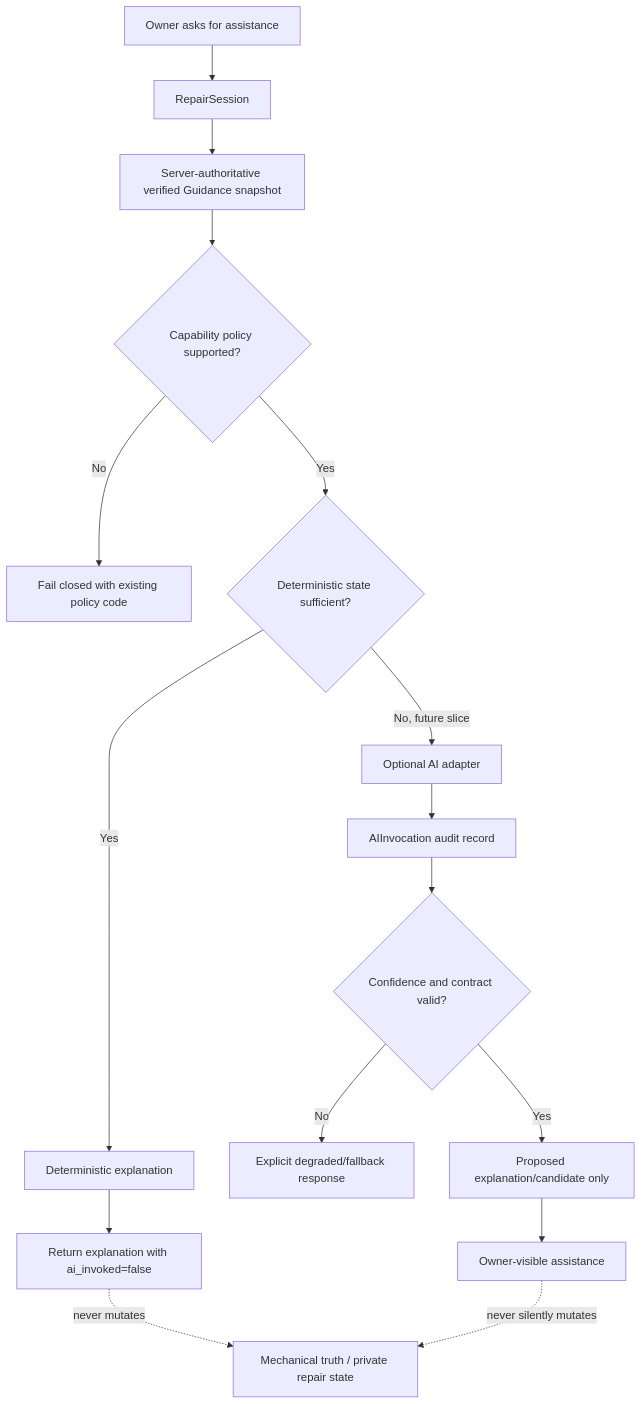
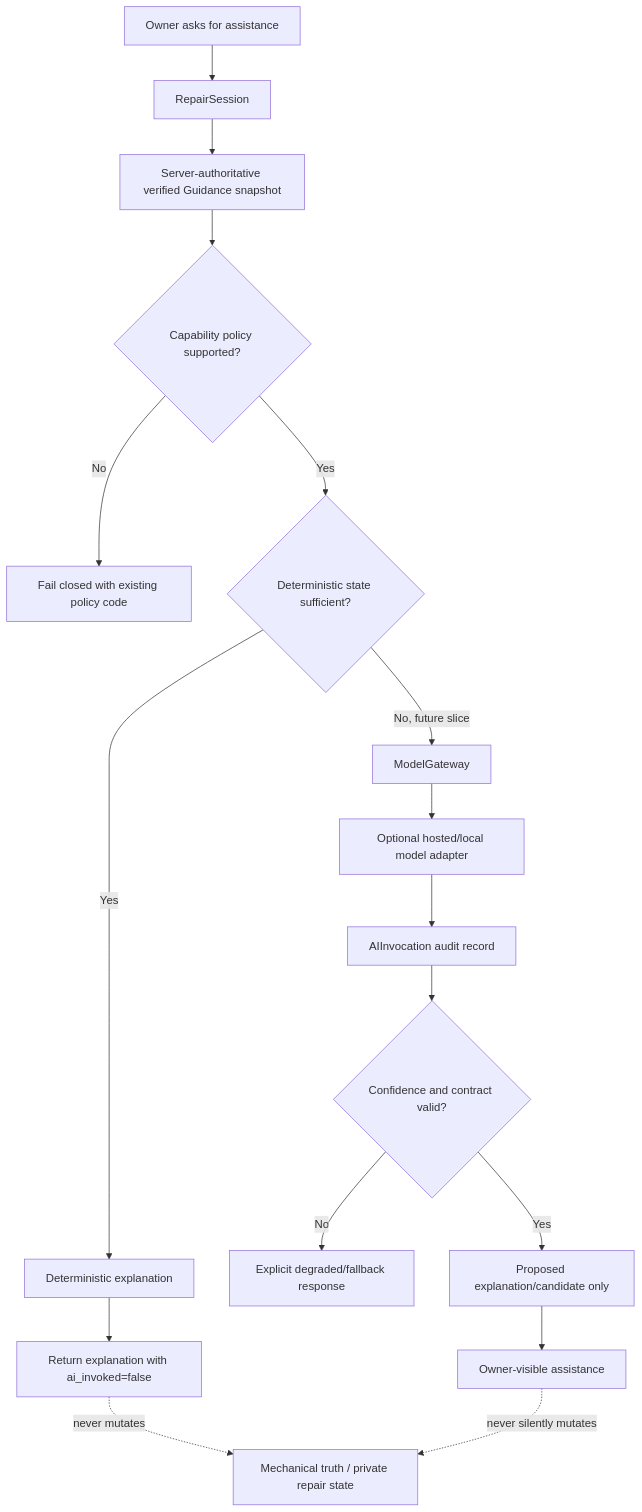
The first of 4 diagrams in docs/BLOCK12_ASSISTANCE_MODEL.md (Vivek-k24/forgebridge-demo), drawn with Mermaid before and after one commit. The commit also changed other lines of this file, not shown here.

````diff
--- a/docs/BLOCK12_ASSISTANCE_MODEL.md
+++ b/docs/BLOCK12_ASSISTANCE_MODEL.md
@@ -11,19 +11,20 @@
 ```mermaid
 flowchart TD
     U[Owner asks for assistance] --> S[RepairSession]
     S --> G[Server-authoritative verified Guidance snapshot]
     G --> P{Capability policy supported?}
     P -- No --> X[Fail closed with existing policy code]
     P -- Yes --> D{Deterministic state sufficient?}
     D -- Yes --> E[Deterministic explanation]
     E --> R[Return explanation with ai_invoked=false]
-    D -- No, future slice --> A[Optional AI adapter]
+    D -- No, future slice --> M[ModelGateway]
+    M --> A[Optional hosted/local model adapter]
     A --> I[AIInvocation audit record]
     I --> C{Confidence and contract valid?}
     C -- No --> F[Explicit degraded/fallback response]
     C -- Yes --> Q[Proposed explanation/candidate only]
     Q --> R2[Owner-visible assistance]
 
     R -. never mutates .-> T[Mechanical truth / private repair state]
     R2 -. never silently mutates .-> T
 ```
````
